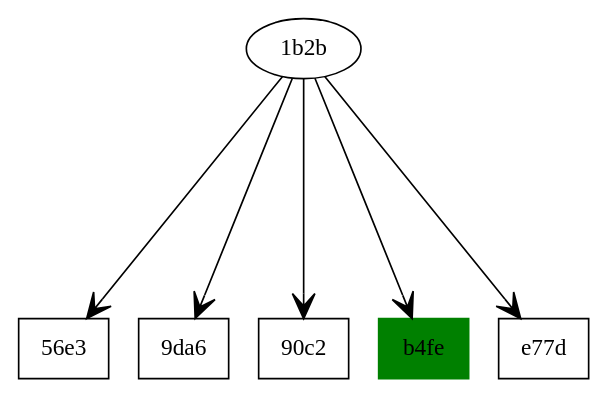
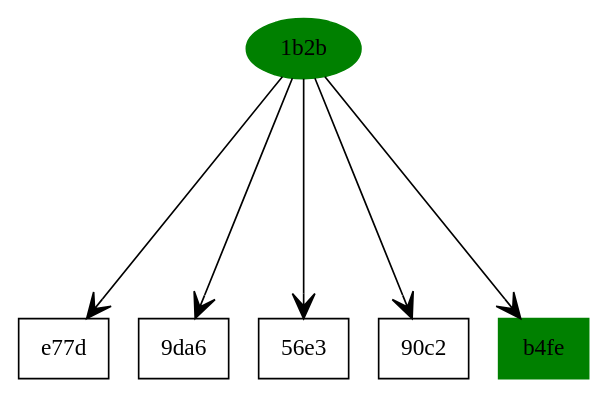
Before and after one commit to HMohammad1/Application_for_Data_Visualization: the diagram in doctest-output/also_likes.gv, drawn with Graphviz. The commit also changed 4 other files, not shown here.

```diff
--- a/doctest-output/also_likes.gv
+++ b/doctest-output/also_likes.gv
@@ -1,20 +1,20 @@
 // Also Likes Graph
 digraph also_likes {
 	edge [arrowhead=vee arrowsize=1.5]
 	ranksep=2
+	e77d [label=e77d shape=box]
+	"1b2b" [label="1b2b" color=green fillcolor=green style=filled]
+	"1b2b" -> e77d
+	"9da6" [label="9da6" shape=box]
+	"1b2b" [label="1b2b" color=green fillcolor=green style=filled]
+	"1b2b" -> "9da6"
 	"56e3" [label="56e3" shape=box]
-	"1b2b" [label="1b2b"]
+	"1b2b" [label="1b2b" color=green fillcolor=green style=filled]
 	"1b2b" -> "56e3"
-	"9da6" [label="9da6" shape=box]
-	"1b2b" [label="1b2b"]
-	"1b2b" -> "9da6"
 	"90c2" [label="90c2" shape=box]
-	"1b2b" [label="1b2b"]
+	"1b2b" [label="1b2b" color=green fillcolor=green style=filled]
 	"1b2b" -> "90c2"
 	b4fe [label=b4fe color=green fillcolor=green shape=box style=filled]
-	"1b2b" [label="1b2b"]
+	"1b2b" [label="1b2b" color=green fillcolor=green style=filled]
 	"1b2b" -> b4fe
-	e77d [label=e77d shape=box]
-	"1b2b" [label="1b2b"]
-	"1b2b" -> e77d
 }
```
